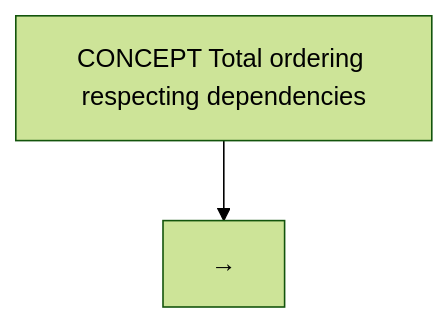
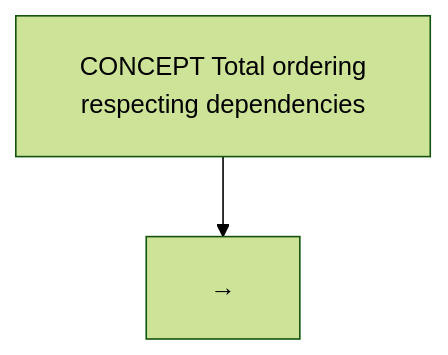
One commit to dip4k/DSA_102 changed the second of 2 diagrams in week_11_dp_ii_advanced/Week_11_Visual_Concepts_Playbook_HYBRID.md. Above: the diagram before and after it, drawn with Mermaid (forest theme). The commit also changed other lines of this file and 108 other files, not shown here.

First line of the commit message:
fix(mermaid): resolve diagram clipping, padding, and syntax issues across repo

````diff
--- a/week_11_dp_ii_advanced/Week_11_Visual_Concepts_Playbook_HYBRID.md
+++ b/week_11_dp_ii_advanced/Week_11_Visual_Concepts_Playbook_HYBRID.md
@@ -153,5 +154,6 @@
 ```mermaid
+%%{init: {"flowchart": {"htmlLabels": true, "padding": 20}}}%%
 flowchart TD
-    R["CONCEPT Total ordering respecting dependencies"]
+    R["CONCEPT Total ordering<br/>respecting dependencies"]
     R --> N1["→"]
 ```
````
